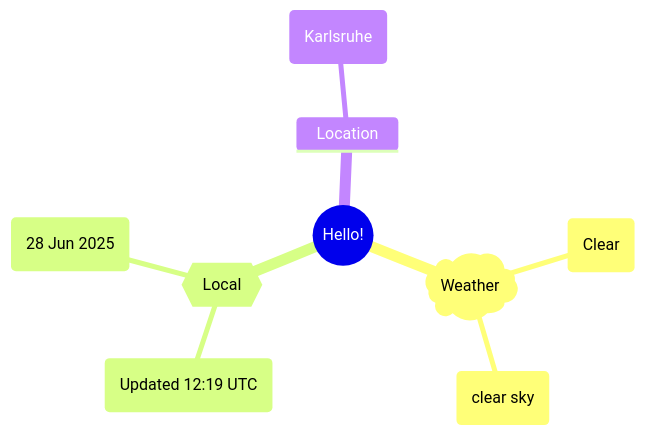
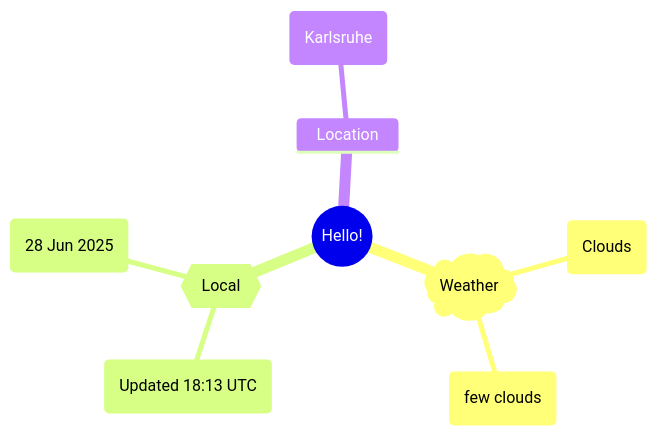
Before and after one commit to Xosrov/Xosrov: the first of 2 diagrams in README.md, drawn with Mermaid.

Commit message:
[bot] updated images

````diff
--- a/README.md
+++ b/README.md
@@ -3,12 +3,12 @@
 ```mermaid
 mindmap
   root((Hello!))
     )Weather(
-        (Clear)
-        (clear sky)
+        (Clouds)
+        (few clouds)
     {{Local}}
-        (Updated 12:19 UTC)
+        (Updated 18:13 UTC)
         (28 Jun 2025)
     Location
         (Karlsruhe)
 ```
````
